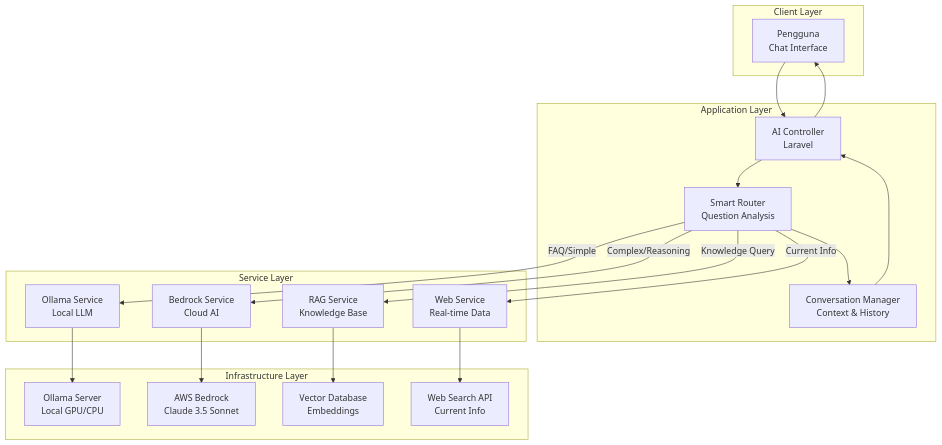
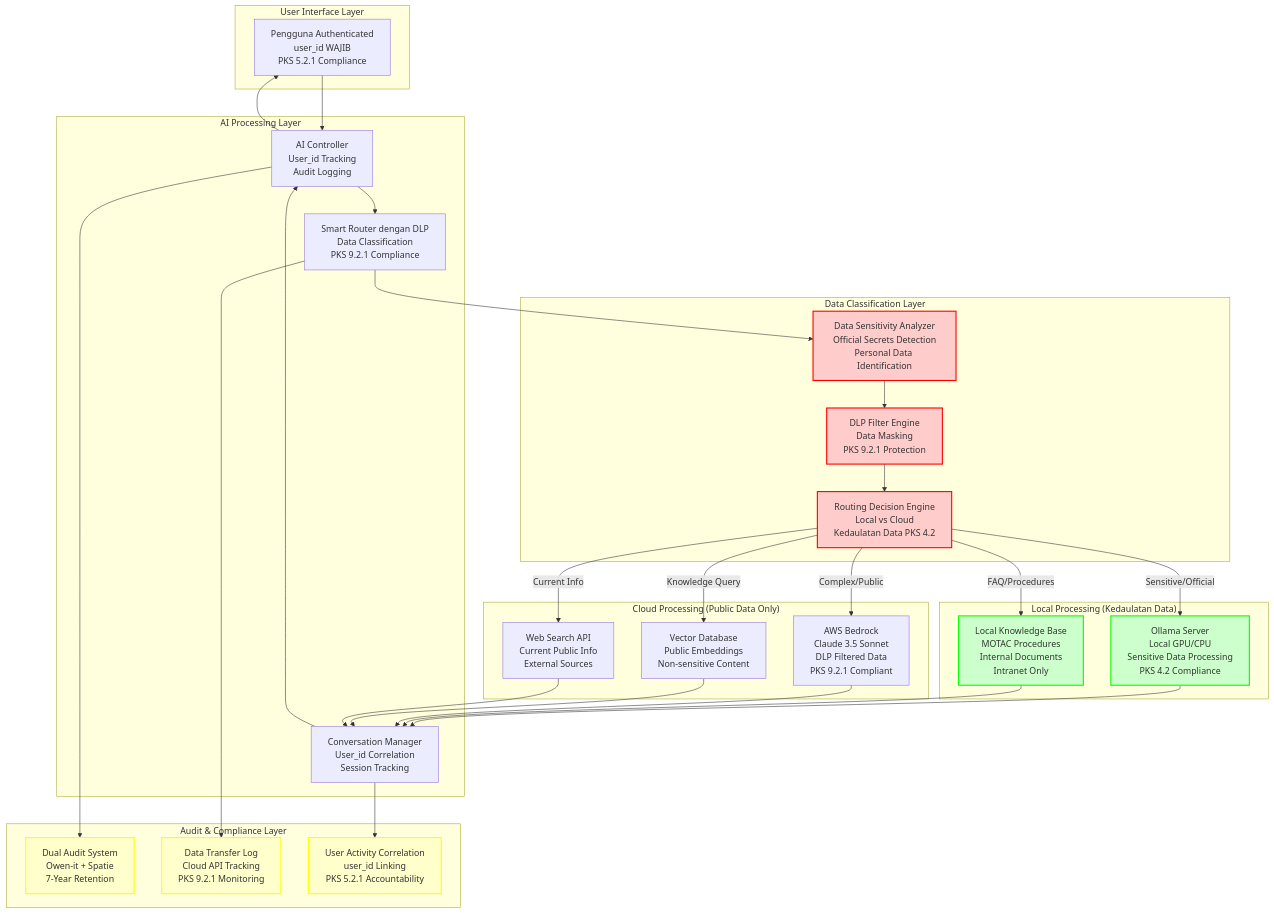
One commit to IzzatFirdaus/ictserve-031125 changed the ninth of 11 diagrams in docs/KRISA/D04_KRISA_ICTSERVE_SPESIFIKASI_REKABENTUK_SISTEM.md. Above: the diagram before and after it, drawn with Mermaid. The commit also changed other lines of this file and 18 other files, not shown here.

````diff
--- a/docs/KRISA/D04_KRISA_ICTSERVE_SPESIFIKASI_REKABENTUK_SISTEM.md
+++ b/docs/KRISA/D04_KRISA_ICTSERVE_SPESIFIKASI_REKABENTUK_SISTEM.md
@@ -918,43 +1218,69 @@
 ```mermaid
 graph TB
-    subgraph "Client Layer"
-        A[Pengguna<br/>Chat Interface]
+    subgraph "User Interface Layer"
+        A[Pengguna Authenticated<br/>user_id WAJIB<br/>PKS 5.2.1 Compliance]
     end
     
-    subgraph "Application Layer"
-        B[AI Controller<br/>Laravel]
-        C[Smart Router<br/>Question Analysis]
-        D[Conversation Manager<br/>Context & History]
+    subgraph "AI Processing Layer"
+        B[AI Controller<br/>User_id Tracking<br/>Audit Logging]
+        C[Smart Router dengan DLP<br/>Data Classification<br/>PKS 9.2.1 Compliance]
+        D[Conversation Manager<br/>User_id Correlation<br/>Session Tracking]
     end
     
-    subgraph "Service Layer"
-        E[Ollama Service<br/>Local LLM]
-        F[Bedrock Service<br/>Cloud AI]
-        G[RAG Service<br/>Knowledge Base]
-        H[Web Service<br/>Real-time Data]
+    subgraph "Data Classification Layer"
+        E[Data Sensitivity Analyzer<br/>Official Secrets Detection<br/>Personal Data Identification]
+        F[DLP Filter Engine<br/>Data Masking<br/>PKS 9.2.1 Protection]
+        G[Routing Decision Engine<br/>Local vs Cloud<br/>Kedaulatan Data PKS 4.2]
     end
     
-    subgraph "Infrastructure Layer"
-        I[Ollama Server<br/>Local GPU/CPU]
-        J[AWS Bedrock<br/>Claude 3.5 Sonnet]
-        K[Vector Database<br/>Embeddings]
-        L[Web Search API<br/>Current Info]
+    subgraph "Local Processing (Kedaulatan Data)"
+        H[Ollama Server<br/>Local GPU/CPU<br/>Sensitive Data Processing<br/>PKS 4.2 Compliance]
+        I[Local Knowledge Base<br/>MOTAC Procedures<br/>Internal Documents<br/>Intranet Only]
+    end
+    
+    subgraph "Cloud Processing (Public Data Only)"
+        J[AWS Bedrock<br/>Claude 3.5 Sonnet<br/>DLP Filtered Data<br/>PKS 9.2.1 Compliant]
+        K[Vector Database<br/>Public Embeddings<br/>Non-sensitive Content]
+        L[Web Search API<br/>Current Public Info<br/>External Sources]
+    end
+    
+    subgraph "Audit & Compliance Layer"
+        M[Dual Audit System<br/>Owen-it + Spatie<br/>7-Year Retention]
+        N[Data Transfer Log<br/>Cloud API Tracking<br/>PKS 9.2.1 Monitoring]
+        O[User Activity Correlation<br/>user_id Linking<br/>PKS 5.2.1 Accountability]
     end
     
     A --> B
     B --> C
-    C --> D
+    C --> E
+    E --> F
+    F --> G
     
-    C -->|FAQ/Simple| E
-    C -->|Complex/Reasoning| F
-    C -->|Knowledge Query| G
-    C -->|Current Info| H
+    G -->|Sensitive/Official| H
+    G -->|FAQ/Procedures| I
+    G -->|Complex/Public| J
+    G -->|Knowledge Query| K
+    G -->|Current Info| L
     
-    E --> I
-    F --> J
-    G --> K
-    H --> L
+    H --> D
+    I --> D
+    J --> D
+    K --> D
+    L --> D
     
     D --> B
     B --> A
+    
+    B --> M
+    C --> N
+    D --> O
+    
+    style E fill:#ffcccc,stroke:#ff0000,stroke-width:2px
+    style F fill:#ffcccc,stroke:#ff0000,stroke-width:2px
+    style G fill:#ffcccc,stroke:#ff0000,stroke-width:2px
+    style H fill:#ccffcc,stroke:#00ff00,stroke-width:2px
+    style I fill:#ccffcc,stroke:#00ff00,stroke-width:2px
+    style M fill:#ffffcc,stroke:#ffff00,stroke-width:2px
+    style N fill:#ffffcc,stroke:#ffff00,stroke-width:2px
+    style O fill:#ffffcc,stroke:#ffff00,stroke-width:2px
 ```
````
